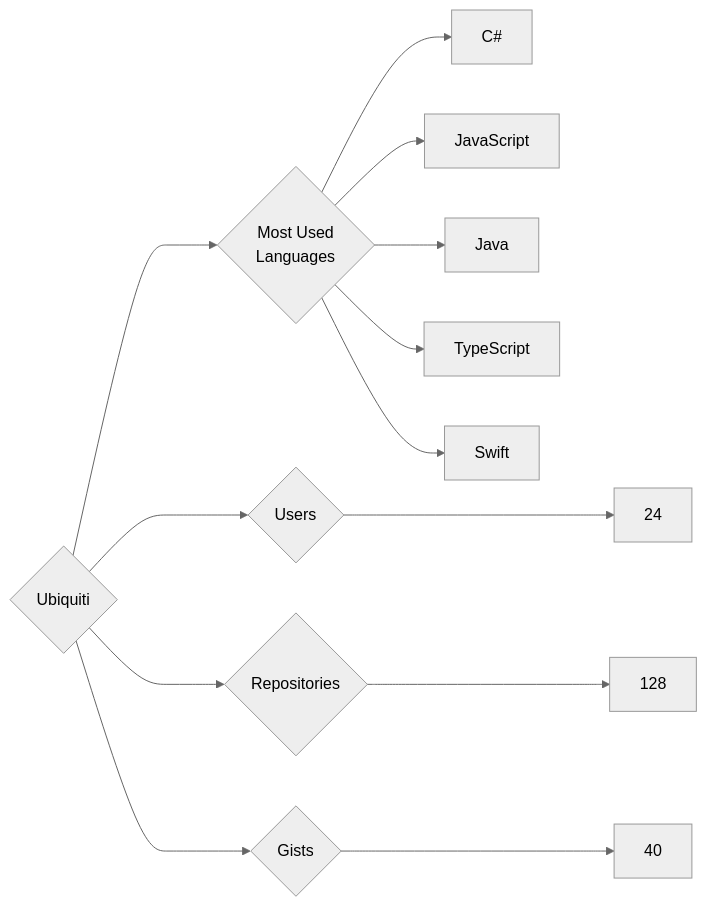
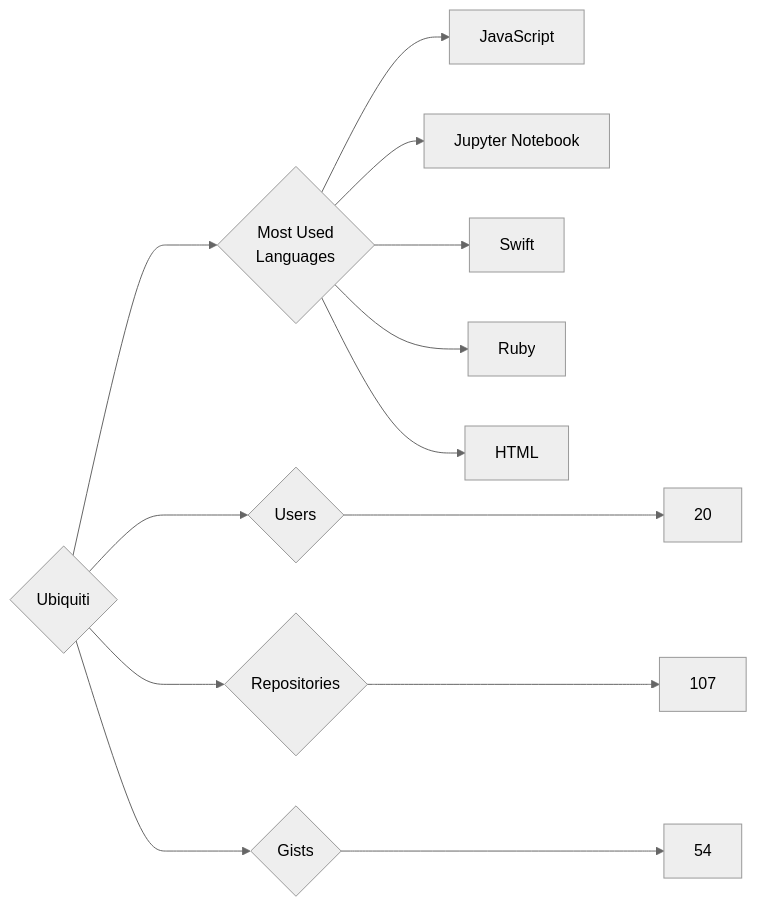
The diagram in targets/Ubiquiti/README.md (trickest/insiders), drawn with Mermaid (neutral theme) before and after one commit. The commit also changed 940 other files, not shown here.

````diff
--- a/targets/Ubiquiti/README.md
+++ b/targets/Ubiquiti/README.md
@@ -3,13 +3,13 @@
 ```mermaid
 graph LR
 COMPANY_NAME{Ubiquiti}
-COMPANY_NAME ---> U{Users} ---> UN[24]
-COMPANY_NAME ---> R{Repositories} ---> RN[128]
-COMPANY_NAME ---> G{Gists} ---> GN[40]
+COMPANY_NAME ---> U{Users} ---> UN[20]
+COMPANY_NAME ---> R{Repositories} ---> RN[107]
+COMPANY_NAME ---> G{Gists} ---> GN[54]
 COMPANY_NAME ---> ML{Most Used<br>Languages}
-ML --> C#[C#]
 ML --> JavaScript[JavaScript]
-ML --> Java[Java]
-ML --> TypeScript[TypeScript]
+ML --> Jupyter_Notebook[Jupyter Notebook]
 ML --> Swift[Swift]
+ML --> Ruby[Ruby]
+ML --> HTML[HTML]
 ```
````
